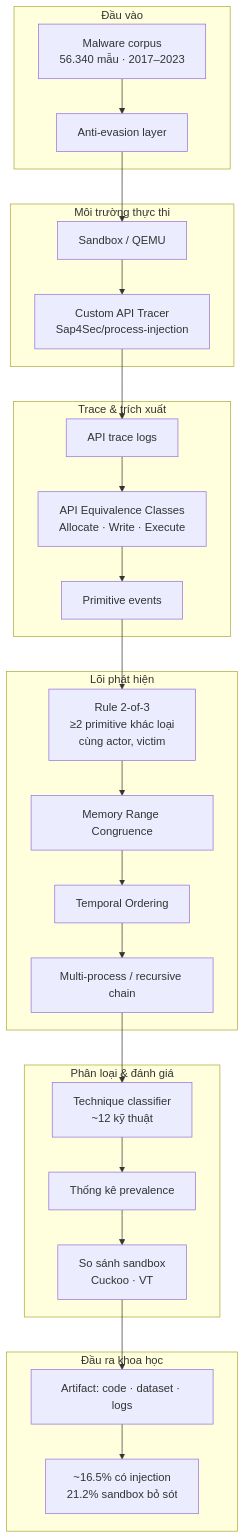
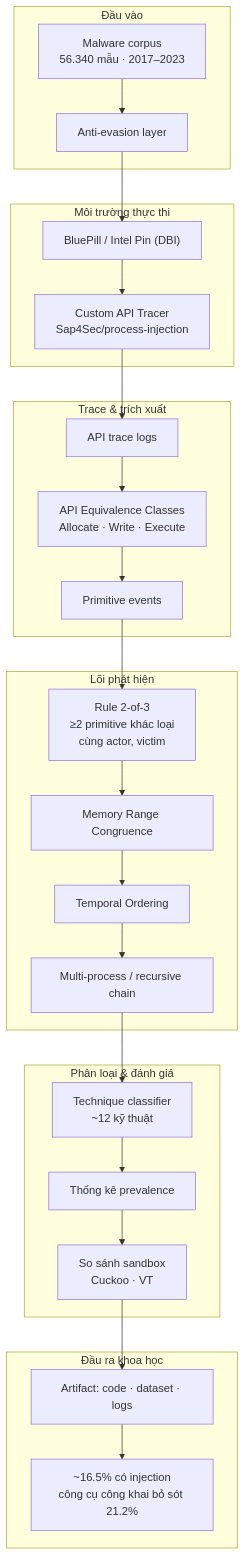
Before and after one commit to noirlycan/NoirlycanThesis: the first of 6 diagrams in docs/architecture-diagrams.md, drawn with Mermaid. The commit also changed other lines of this file and 261 other files, not shown here.

````diff
--- a/docs/architecture-diagrams.md
+++ b/docs/architecture-diagrams.md
@@ -19,41 +19,41 @@
 ```mermaid
 flowchart TB
   subgraph input [Đầu vào]
     DS["Malware corpus<br/>56.340 mẫu · 2017–2023"]
     AE["Anti-evasion layer"]
   end
 
   subgraph sandbox [Môi trường thực thi]
-    QEMU["Sandbox / QEMU"]
+    DBI["BluePill / Intel Pin (DBI)"]
     TR["Custom API Tracer<br/>Sap4Sec/process-injection"]
   end
 
   subgraph trace [Trace & trích xuất]
     LOG["API trace logs"]
     EC["API Equivalence Classes<br/>Allocate · Write · Execute"]
     PRIM["Primitive events"]
   end
 
   subgraph core [Lõi phát hiện]
     R23["Rule 2-of-3<br/>≥2 primitive khác loại<br/>cùng actor, victim"]
     MEM["Memory Range Congruence"]
     TMP["Temporal Ordering"]
     MULTI["Multi-process / recursive chain"]
   end
 
   subgraph classify [Phân loại & đánh giá]
     TECH["Technique classifier<br/>~12 kỹ thuật"]
     STAT["Thống kê prevalence"]
     CMP["So sánh sandbox<br/>Cuckoo · VT"]
   end
 
   subgraph output [Đầu ra khoa học]
     ART["Artifact: code · dataset · logs"]
-    PUB["~16.5% có injection<br/>21.2% sandbox bỏ sót"]
+    PUB["~16.5% có injection<br/>công cụ công khai bỏ sót 21.2%"]
   end
 
-  DS --> AE --> QEMU --> TR --> LOG
+  DS --> AE --> DBI --> TR --> LOG
   LOG --> EC --> PRIM
   PRIM --> R23 --> MEM --> TMP --> MULTI
   MULTI --> TECH --> STAT --> CMP --> ART --> PUB
 ```
````
